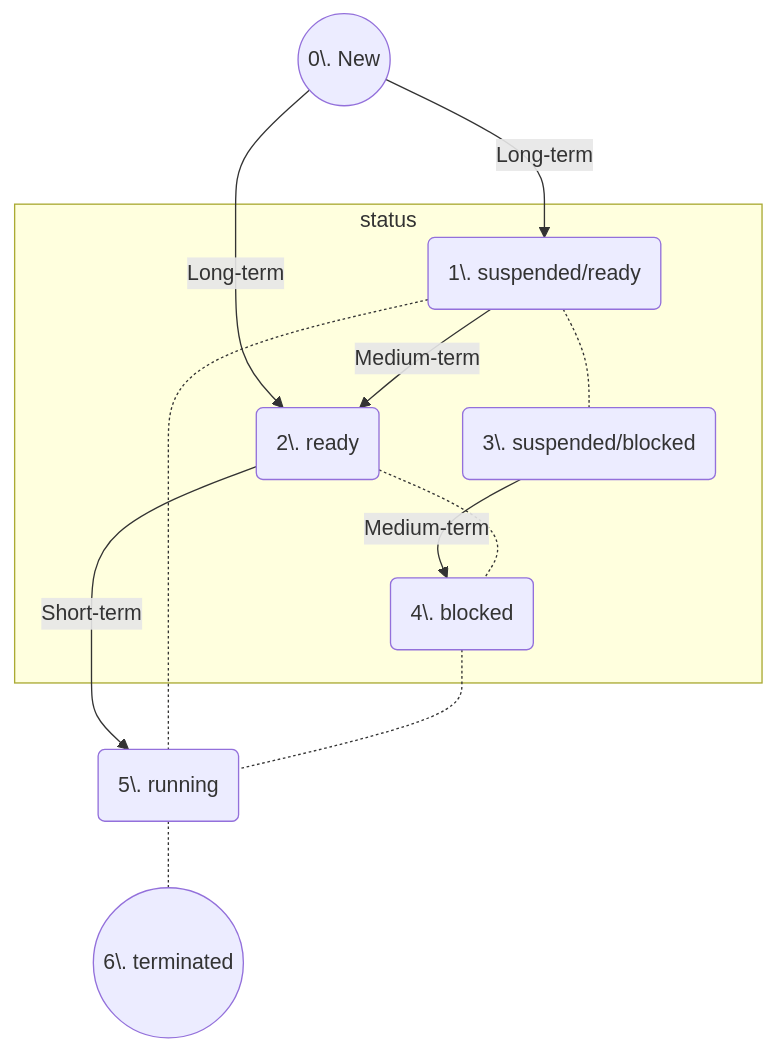
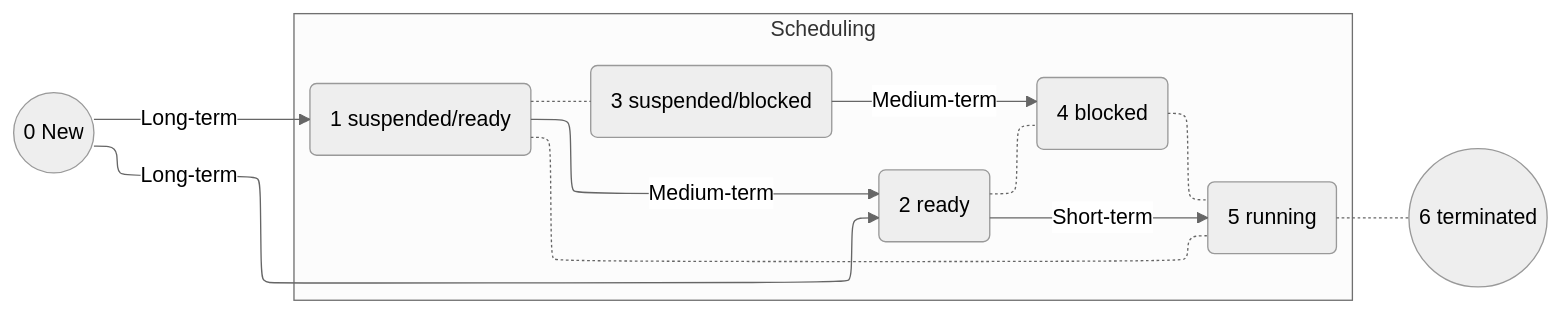
Before and after one commit to leanhvu21042001/LT.K2025.2-CNTT: the first of 2 diagrams in uit/courses/IT007/elearning/IT007-elearning-ch04.md, drawn with Mermaid. The commit also changed other lines of this file, not shown here.

````diff
--- a/uit/courses/IT007/elearning/IT007-elearning-ch04.md
+++ b/uit/courses/IT007/elearning/IT007-elearning-ch04.md
@@ -96,29 +100,27 @@
 ```mermaid
 ---
 config:
-  layout: fixed
+  layout: elk
   look: classic
-  theme: default
+  theme: neutral
+  themeVariables:
+    fontFamily: Iosevka
 ---
-flowchart TB
-    A(("0\. New"))
-   subgraph s1["status"]
-       B("1\. suspended/ready")
-    C("2\. ready")
-    D("3\. suspended/blocked")
-    E("4\. blocked")
-   end
-    F("5\. running")
-    G(("6\. terminated"))
-    
-    A -- Long-term --> B
-    A -- Long-term --> C
-    B -- Medium-term --> C
-    C -- Short-term --> F
-    B -.- D -- Medium-term --> E
-    B -.- F
+flowchart LR
+ subgraph s1["Scheduling"]
+        B("1 suspended/ready")
+        C("2 ready")
+        D("3 suspended/blocked")
+        E("4 blocked")
+        F("5 running")
+  end
+    A(("0 New")) -- "Long-term" --> B & C
+    B -- "Medium-term" --> C
+    C -- "Short-term" --> F
+    B -.- D & F
+    D -- "Medium-term" --> E
     C -.- E
     E -.- F
-    F -.- G
+    F -.- G(("6 terminated"))
     
 ```
````
